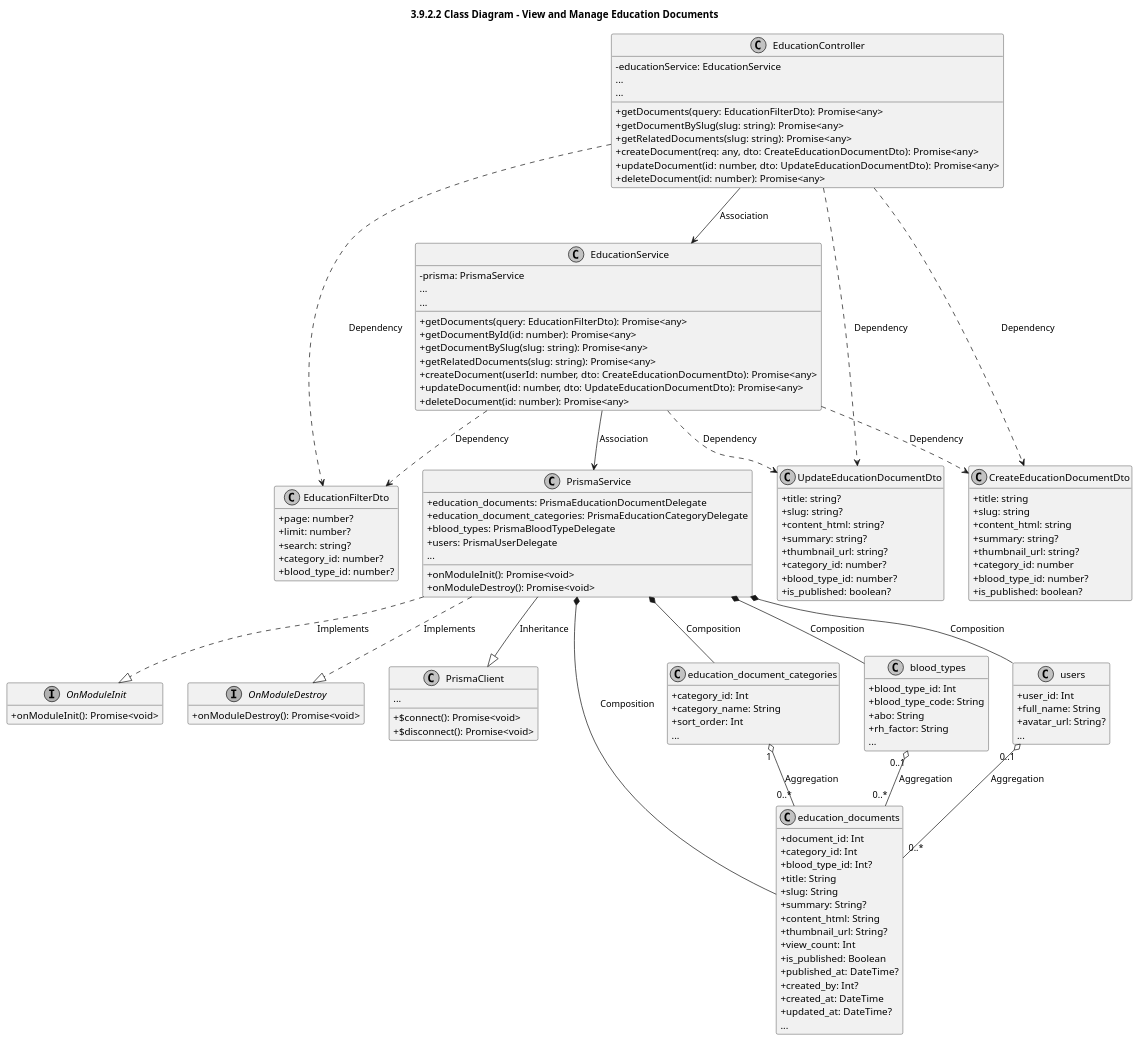
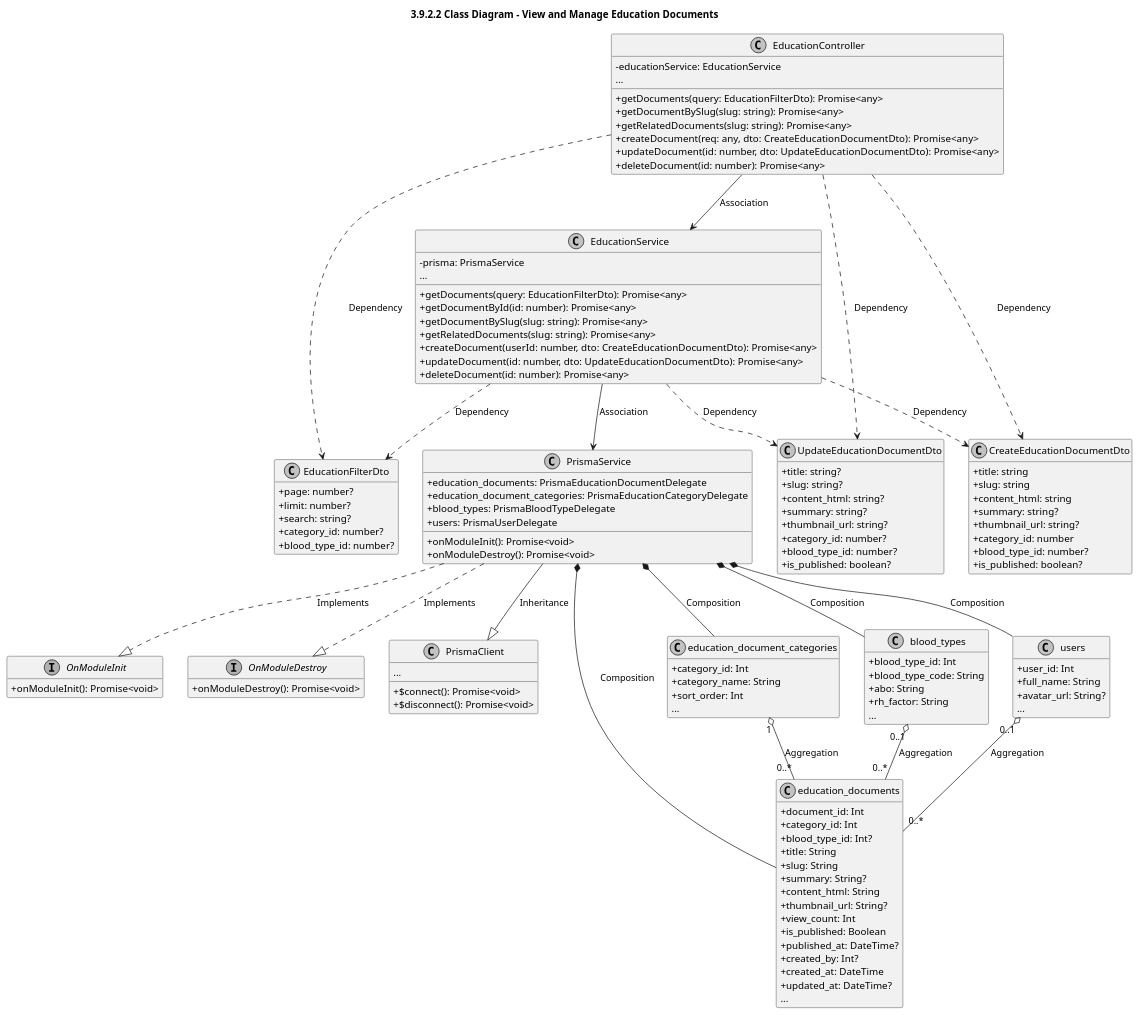
Before and after one commit to CuongBC195/class-diagram-donation-blood: the third of 3 diagrams in modules_plantuml/09_education.md, drawn with PlantUML. The commit also changed other lines of this file and 41 other files, not shown here.

Commit message:
fix(diagrams): remove duplicate ellipses and resolve swimlane text collisions for enums and utilities

```diff
--- a/modules_plantuml/09_education.md
+++ b/modules_plantuml/09_education.md
@@ -286,7 +282,6 @@
 
 class EducationController {
   -educationService: EducationService
-  ...
   +getDocuments(query: EducationFilterDto): Promise<any>
   +getDocumentBySlug(slug: string): Promise<any>
   +getRelatedDocuments(slug: string): Promise<any>
@@ -328,7 +323,6 @@
 
 class EducationService {
   -prisma: PrismaService
-  ...
   +getDocuments(query: EducationFilterDto): Promise<any>
   +getDocumentById(id: number): Promise<any>
   +getDocumentBySlug(slug: string): Promise<any>
@@ -358,7 +352,6 @@
   +education_document_categories: PrismaEducationCategoryDelegate
   +blood_types: PrismaBloodTypeDelegate
   +users: PrismaUserDelegate
-  ...
   +onModuleInit(): Promise<void>
   +onModuleDestroy(): Promise<void>
 }
```
